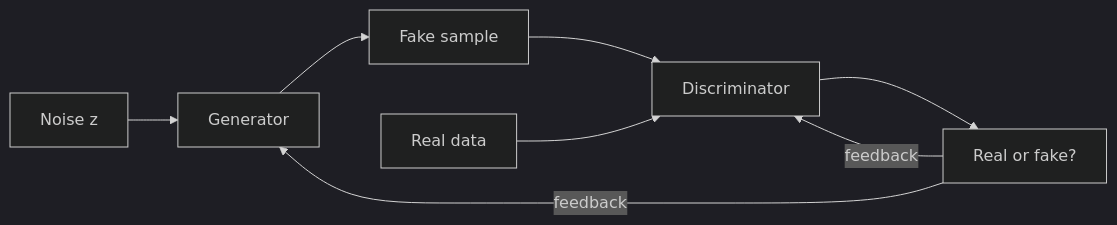
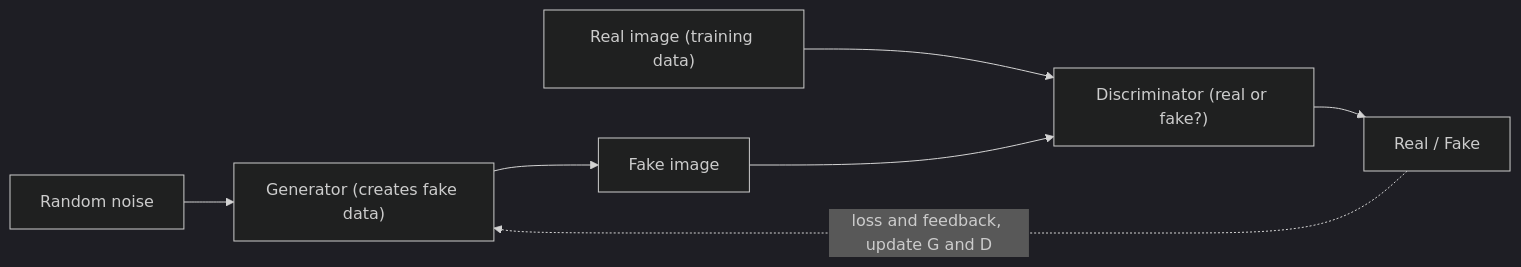
One commit to TrendySloth1001/sem-seven-notes changed the diagram in content/deep-learning/pyq/2024-05/q6b.mdx. Above: the diagram before and after it, drawn with Mermaid (dark theme). The commit also changed other lines of this file and 168 other files, not shown here.

Commit message:
Rewrite the Module 1, activation, loss and GAN notes and their 25 answers from the teachers' class files. They keep the teacher's definitions, use 80 of their figures with class-notes citations only, and fix the slide errors in the XOR, NAND, loss and KL formulas.

````diff
--- a/content/deep-learning/pyq/2024-05/q6b.mdx
+++ b/content/deep-learning/pyq/2024-05/q6b.mdx
@@ -19,11 +11,10 @@
 ```mermaid
-%% caption: A GAN in one picture. Noise goes into the generator; the discriminator judges real and fake; its feedback trains both.
+%% caption: GAN architecture. The discriminator sees both the fake image from the generator and the real image from the dataset.
 flowchart LR
-  Z["Noise z"] --> G["Generator"]
-  G --> F["Fake sample"]
-  R["Real data"] --> D["Discriminator"]
+  N["Random noise"] --> G["Generator (creates fake data)"]
+  G --> F["Fake image"]
+  R["Real image (training data)"] --> D["Discriminator (real or fake?)"]
   F --> D
-  D --> P["Real or fake?"]
-  P -- "feedback" --> G
-  P -- "feedback" --> D
+  D --> O["Real / Fake"]
+  O -. "loss and feedback, update G and D" .-> G
 ```
````
